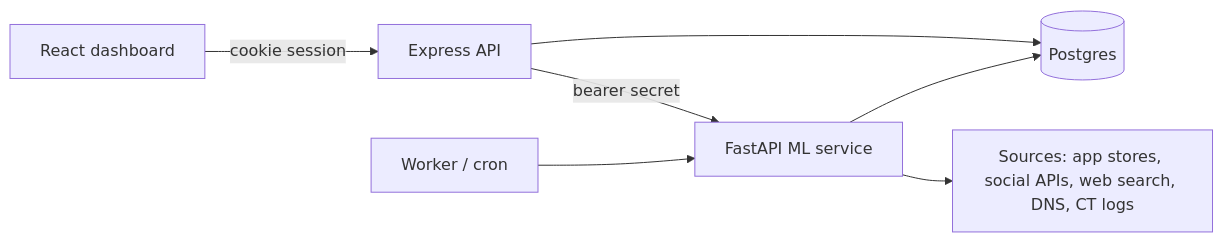
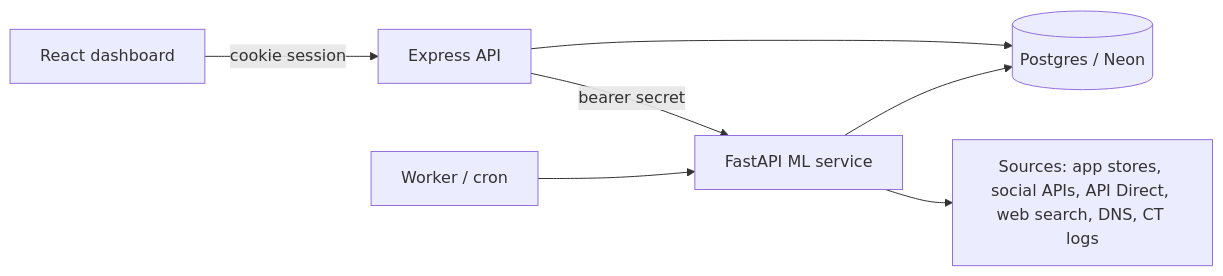
Before and after one commit to vkvr-2007/HacXelarate_bytexl: the diagram in README.md, drawn with Mermaid. The commit also changed other lines of this file, not shown here.

````diff
--- a/README.md
+++ b/README.md
@@ -44,9 +49,9 @@
 ```mermaid
 flowchart LR
   UI[React dashboard] -->|cookie session| API[Express API]
-  API --> PG[(Postgres)]
+  API --> PG[(Postgres / Neon)]
   API -->|bearer secret| ML[FastAPI ML service]
   W[Worker / cron] --> ML
   ML --> PG
-  ML --> S[Sources: app stores, social APIs, web search, DNS, CT logs]
+  ML --> S[Sources: app stores, social APIs, API Direct, web search, DNS, CT logs]
 ```
````
